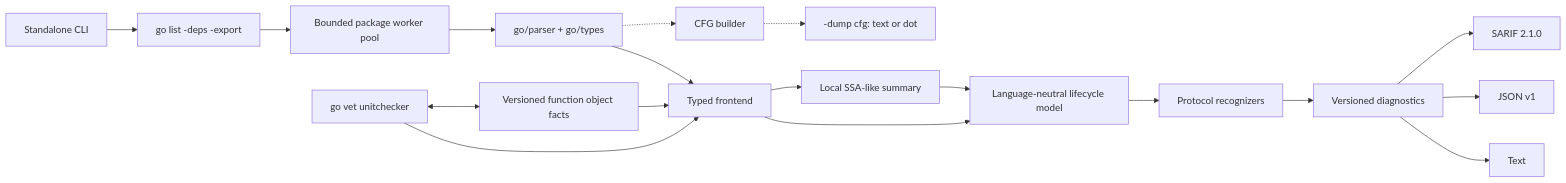
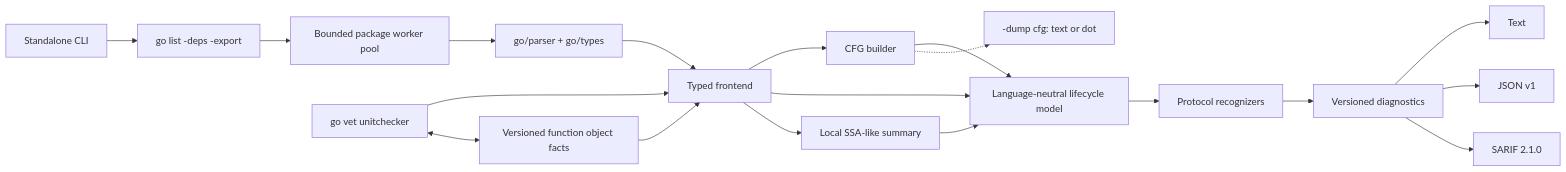
One commit to grigoryfedyukovich/lifeline changed the diagram in docs/architecture.md. Above: the diagram before and after it, drawn with Mermaid. The commit also changed other lines of this file and 13 other files, not shown here.

````diff
--- a/docs/architecture.md
+++ b/docs/architecture.md
@@ -3,20 +3,21 @@
 ```mermaid
 flowchart LR
     CLI[Standalone CLI] --> GL[go list -deps -export]
     GL --> POOL[Bounded package worker pool]
     POOL --> PARSE[go/parser + go/types]
     VET[go vet unitchecker] --> FE[Typed frontend]
     PARSE --> FE
-    FE --> MODEL[Language-neutral lifecycle model]
+    FE --> CFGB[CFG builder]
+    CFGB --> MODEL[Language-neutral lifecycle model]
+    FE --> MODEL
     FE --> SSA[Local SSA-like summary]
     SSA --> MODEL
     MODEL --> ENG[Protocol recognizers]
     ENG --> DIAG[Versioned diagnostics]
     DIAG --> TEXT[Text]
     DIAG --> JSON[JSON v1]
     DIAG --> SARIF[SARIF 2.1.0]
     VET <--> FACT[Versioned function object facts]
     FACT --> FE
-    PARSE -.-> CFGB[CFG builder]
     CFGB -.-> CFGDUMP[-dump cfg: text or dot]
 ```
````
